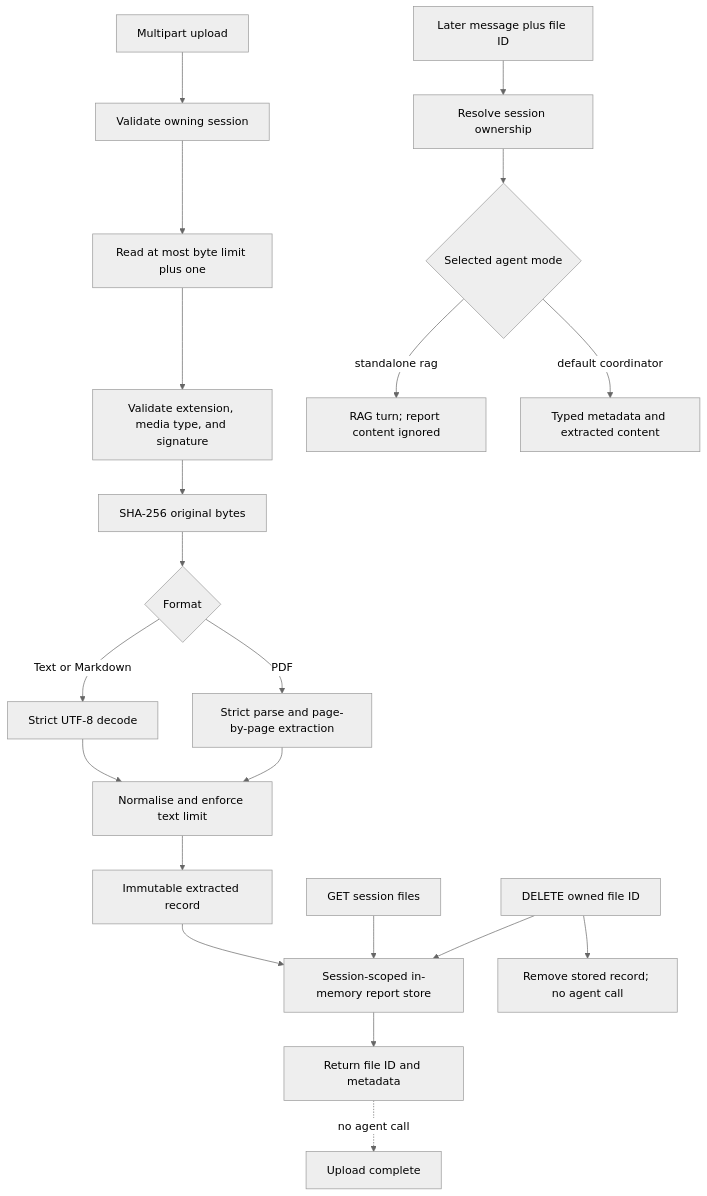
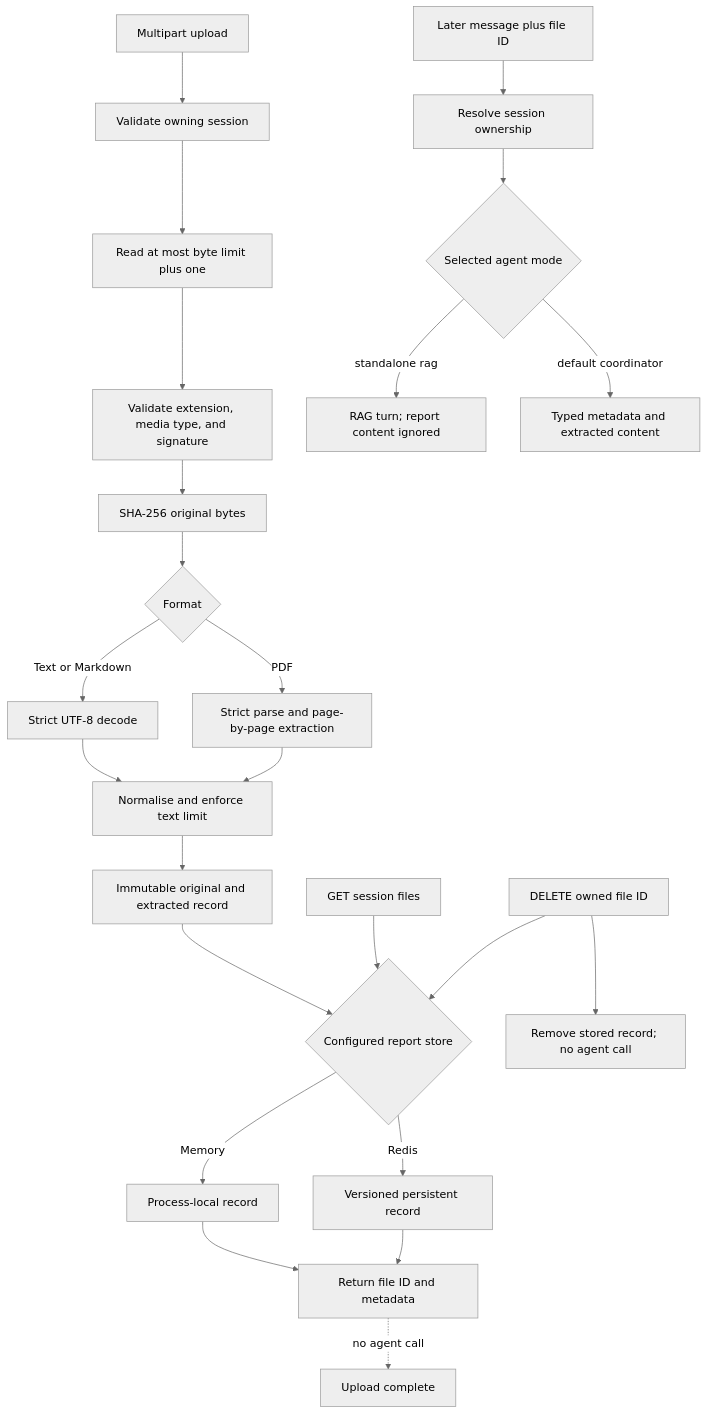
The seventh of 16 diagrams in architecture.md (govtech-responsibleai/agentic-eval-toyapp), drawn with Mermaid (neutral theme) before and after one commit. The commit also changed other lines of this file and 18 other files, not shown here.

````diff
--- a/architecture.md
+++ b/architecture.md
@@ -475,25 +489,28 @@
 ```mermaid
 flowchart TD
     Upload[Multipart upload] --> Session[Validate owning session]
     Session --> Bytes[Read at most byte limit plus one]
     Bytes --> Type[Validate extension, media type, and signature]
     Type --> Hash[SHA-256 original bytes]
     Hash --> Extract{Format}
     Extract -->|Text or Markdown| UTF8[Strict UTF-8 decode]
     Extract -->|PDF| Pages[Strict parse and page-by-page extraction]
     UTF8 --> Bounds[Normalise and enforce text limit]
     Pages --> Bounds
-    Bounds --> Record[Immutable extracted record]
-    Record --> Store[Session-scoped in-memory report store]
-    Store --> Metadata[Return file ID and metadata]
+    Bounds --> Record[Immutable original and extracted record]
+    Record --> Store{Configured report store}
+    Store -->|Memory| Memory[Process-local record]
+    Store -->|Redis| RedisRecord[Versioned persistent record]
+    Memory --> Metadata[Return file ID and metadata]
+    RedisRecord --> Metadata
     Metadata -. no agent call .-> End[Upload complete]
 
     List[GET session files] --> Store
     Delete[DELETE owned file ID] --> Store
     Delete --> Removed[Remove stored record; no agent call]
 
     Message[Later message plus file ID] --> Ownership[Resolve session ownership]
     Ownership --> Mode{Selected agent mode}
     Mode -->|standalone rag| RAG[RAG turn; report content ignored]
     Mode -->|default coordinator| Coordinator[Typed metadata and extracted content]
 ```
````
